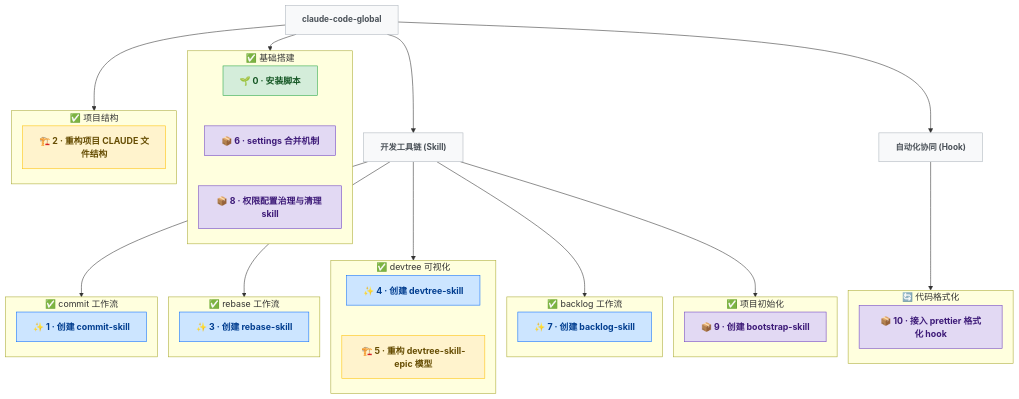
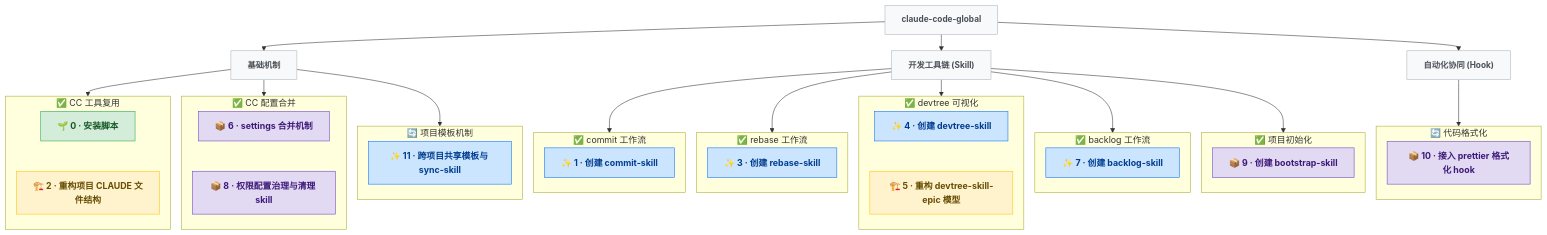
One commit to pkulijing/claude-code-global changed the diagram in docs/DEVTREE.md. Above: the diagram before and after it, drawn with Mermaid. The commit also changed other lines of this file and 15 other files, not shown here.

First line of the commit message:
feat(11): 跨项目共享模板与 sync-skill —— 单仓库统管项目级配置

````diff
--- a/docs/DEVTREE.md
+++ b/docs/DEVTREE.md
@@ -18,69 +18,76 @@
 ```mermaid
 %%{init: {'flowchart': {'rankSpacing': 30, 'nodeSpacing': 20}}}%%
 graph TD
   classDef genesis  fill:#d4edda,stroke:#28a745,color:#155724,font-weight:bold
   classDef feature  fill:#cce5ff,stroke:#0d6efd,color:#003d8f,font-weight:bold
   classDef bugfix   fill:#f8d7da,stroke:#dc3545,color:#721c24,font-weight:bold
   classDef refactor fill:#fff3cd,stroke:#ffc107,color:#664d03,font-weight:bold
   classDef infra    fill:#e2d9f3,stroke:#6f42c1,color:#3d1a78,font-weight:bold
   classDef research fill:#e2e3e5,stroke:#6c757d,color:#383d41,font-weight:bold
   classDef epic     fill:#f8f9fa,stroke:#adb5bd,color:#495057,font-weight:bold,font-size:15px
 
   ROOT["claude-code-global"]:::epic
-  ROOT --> e_base
-  ROOT --> e_struct
+  ROOT --> base["基础机制"]:::epic
   ROOT --> toolchain["开发工具链 (Skill)"]:::epic
   ROOT --> automation["自动化协同 (Hook)"]:::epic
+  base --> e_cc_reuse
+  base --> e_cc_merge
+  base --> e_template
   toolchain --> e_commit
   toolchain --> e_rebase
   toolchain --> e_devtree
   toolchain --> e_backlog
   toolchain --> e_bootstrap
   automation --> e_format
 
-  subgraph e_base["✅ 基础搭建"]
+  subgraph e_cc_reuse["✅ CC 工具复用"]
     direction TB
     N0["🌱 0 · 安装脚本"]:::genesis
+    N2["🏗️ 2 · 重构项目 CLAUDE 文件结构"]:::refactor
+    N0 ~~~ N2
+  end
+
+  subgraph e_cc_merge["✅ CC 配置合并"]
+    direction TB
     N6["📦 6 · settings 合并机制"]:::infra
     N8["📦 8 · 权限配置治理与清理 skill"]:::infra
-    N0 ~~~ N6
     N6 ~~~ N8
   end
 
-  subgraph e_struct["✅ 项目结构"]
+  subgraph e_template["🔄 项目模板机制"]
     direction TB
-    N2["🏗️ 2 · 重构项目 CLAUDE 文件结构"]:::refactor
+    N11["✨ 11 · 跨项目共享模板与 sync-skill"]:::feature
   end
 
   subgraph e_commit["✅ commit 工作流"]
     direction TB
     N1["✨ 1 · 创建 commit-skill"]:::feature
   end
 
   subgraph e_rebase["✅ rebase 工作流"]
     direction TB
     N3["✨ 3 · 创建 rebase-skill"]:::feature
   end
 
   subgraph e_devtree["✅ devtree 可视化"]
     direction TB
     N4["✨ 4 · 创建 devtree-skill"]:::feature
     N5["🏗️ 5 · 重构 devtree-skill-epic 模型"]:::refactor
     N4 ~~~ N5
   end
 
   subgraph e_backlog["✅ backlog 工作流"]
     direction TB
     N7["✨ 7 · 创建 backlog-skill"]:::feature
   end
 
   subgraph e_bootstrap["✅ 项目初始化"]
     direction TB
     N9["📦 9 · 创建 bootstrap-skill"]:::infra
   end
 
   subgraph e_format["🔄 代码格式化"]
     direction TB
     N10["📦 10 · 接入 prettier 格式化 hook"]:::infra
   end
 ```
````
